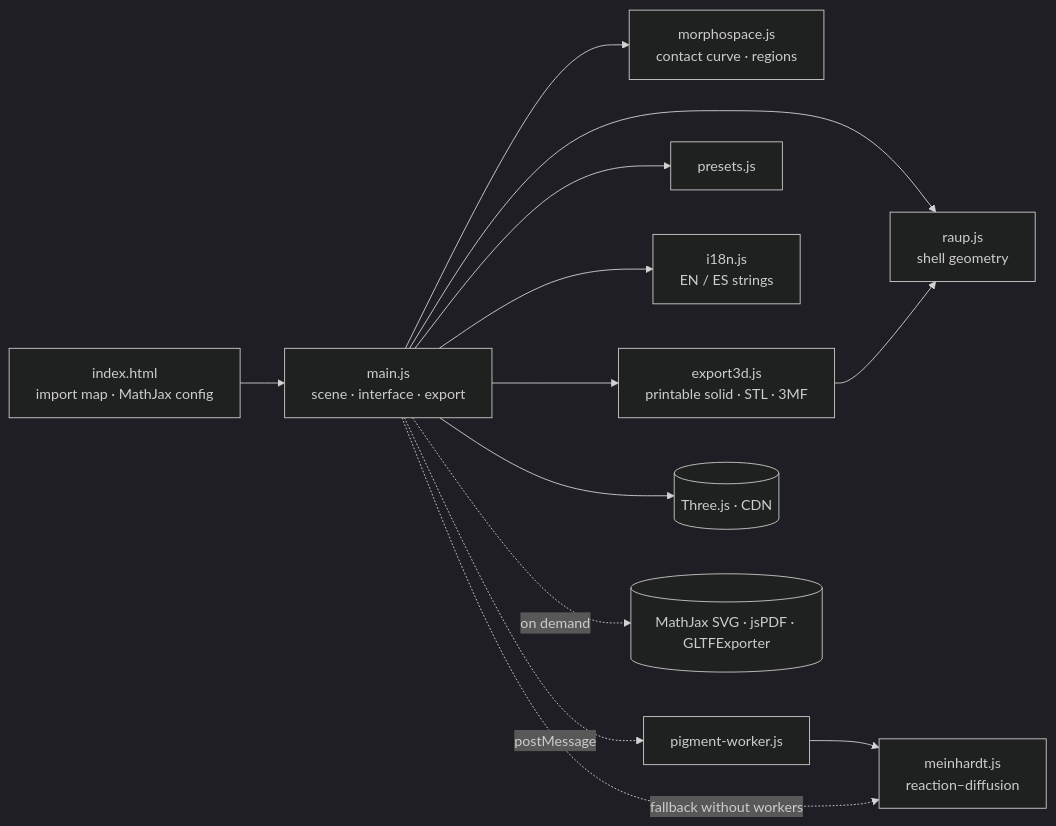
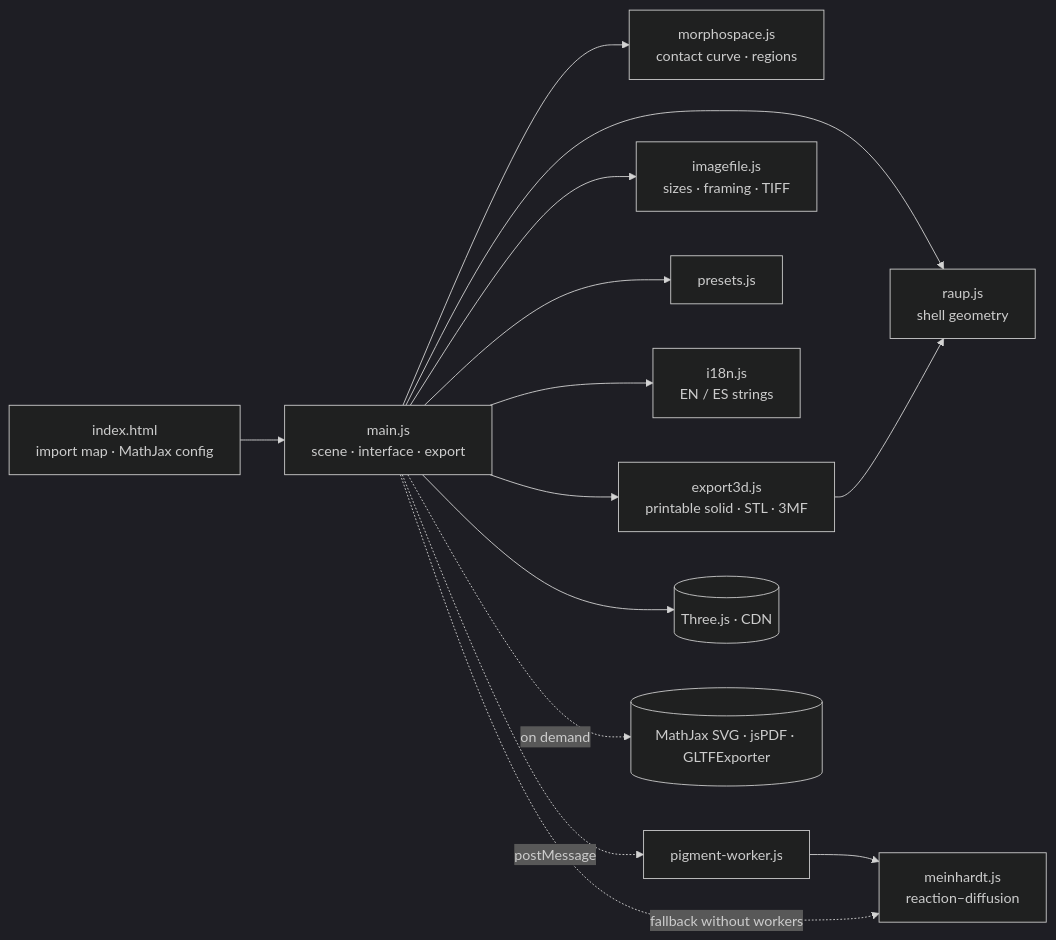
Before and after one commit to AlbertoGonzalezCasarrubios/coiling-shells: the first of 2 diagrams in ARCHITECTURE.md, drawn with Mermaid (dark theme). The commit also changed other lines of this file and 13 other files, not shown here.

````diff
--- a/ARCHITECTURE.md
+++ b/ARCHITECTURE.md
@@ -43,15 +44,16 @@
 ```mermaid
 flowchart LR
   html["index.html<br/>import map · MathJax config"] --> main["main.js<br/>scene · interface · export"]
   main --> raup["raup.js<br/>shell geometry"]
   main --> morpho["morphospace.js<br/>contact curve · regions"]
   main --> exp["export3d.js<br/>printable solid · STL · 3MF"]
+  main --> img["imagefile.js<br/>sizes · framing · TIFF"]
   main --> presets["presets.js"]
   main --> i18n["i18n.js<br/>EN / ES strings"]
   main -. "postMessage" .-> worker["pigment-worker.js"]
   worker --> mein["meinhardt.js<br/>reaction–diffusion"]
   main -. "fallback without workers" .-> mein
   exp --> raup
   main --> three[("Three.js · CDN")]
   main -. "on demand" .-> cdn[("MathJax SVG · jsPDF · GLTFExporter")]
 ```
````
